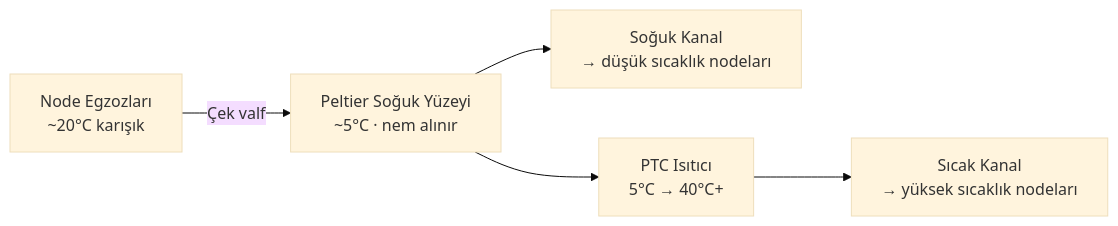
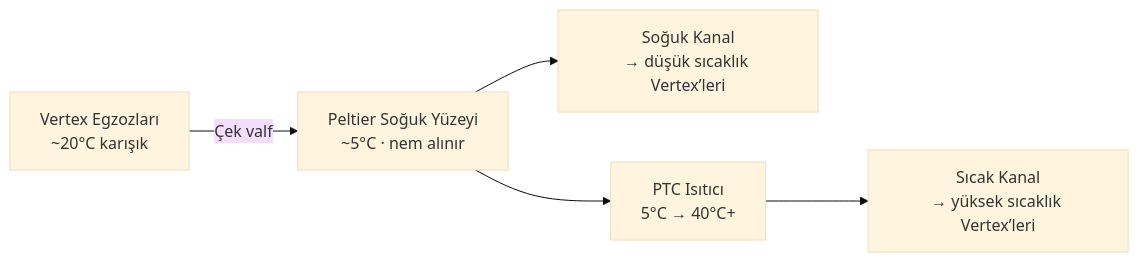
One commit to mkadayifci/tronloop-defteri-kebir changed the third of 6 diagrams in docs/02-hardware/climate-monitoring.md. Above: the diagram before and after it, drawn with Mermaid (base theme). The commit also changed other lines of this file and 21 other files, not shown here.

````diff
--- a/docs/02-hardware/climate-monitoring.md
+++ b/docs/02-hardware/climate-monitoring.md
@@ -80,7 +90,7 @@
 ```mermaid
 flowchart LR
-    N["Node Egzozları<br/>~20°C karışık"] -->|"Çek valf"| PC["Peltier Soğuk Yüzeyi<br/>~5°C · nem alınır"]
-    PC --> SC["Soğuk Kanal<br/>→ düşük sıcaklık nodeları"]
+    N["Vertex Egzozları<br/>~20°C karışık"] -->|"Çek valf"| PC["Peltier Soğuk Yüzeyi<br/>~5°C · nem alınır"]
+    PC --> SC["Soğuk Kanal<br/>→ düşük sıcaklık Vertex’leri"]
     PC --> PTC["PTC Isıtıcı<br/>5°C → 40°C+"]
-    PTC --> HC["Sıcak Kanal<br/>→ yüksek sıcaklık nodeları"]
+    PTC --> HC["Sıcak Kanal<br/>→ yüksek sıcaklık Vertex’leri"]
 ```
````
